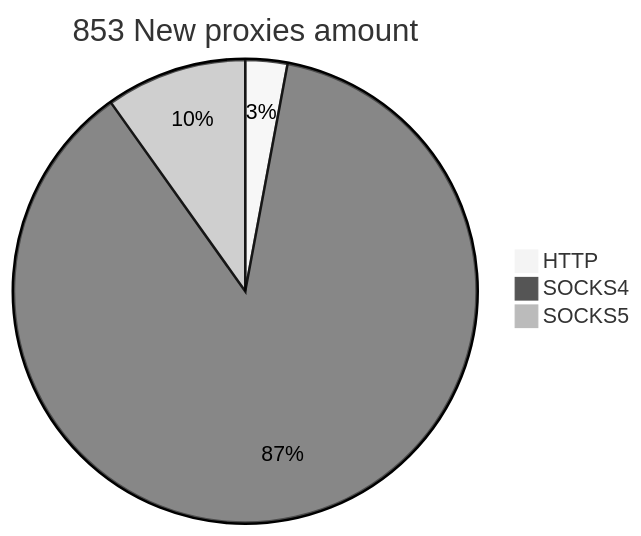
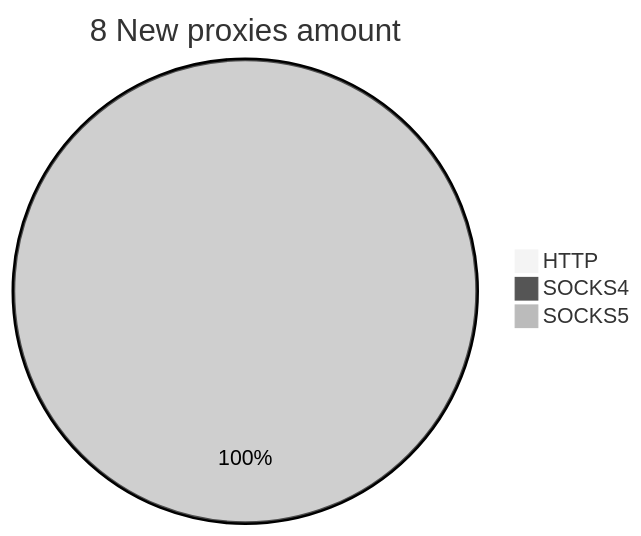
One commit to cutipu/proxylist changed the second of 2 diagrams in README.md. Above: the diagram before and after it, drawn with Mermaid (neutral theme). The commit also changed other lines of this file, not shown here.

````diff
--- a/README.md
+++ b/README.md
@@ -10,6 +10,6 @@
 ```mermaid
-pie title 853 New proxies amount
-    "HTTP" : 25
-    "SOCKS4" : 744
-    "SOCKS5" : 84
+pie title 8 New proxies amount
+    "HTTP" : 0
+    "SOCKS4" : 0
+    "SOCKS5" : 8
 ```
````
